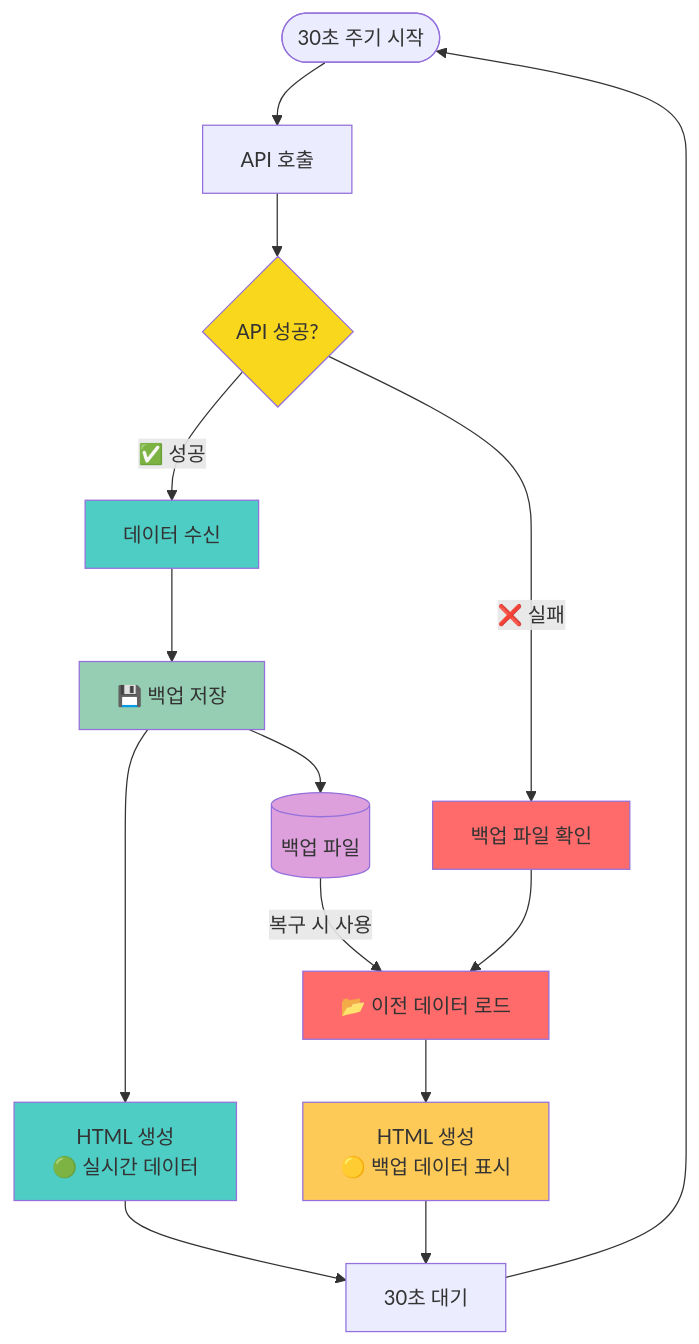
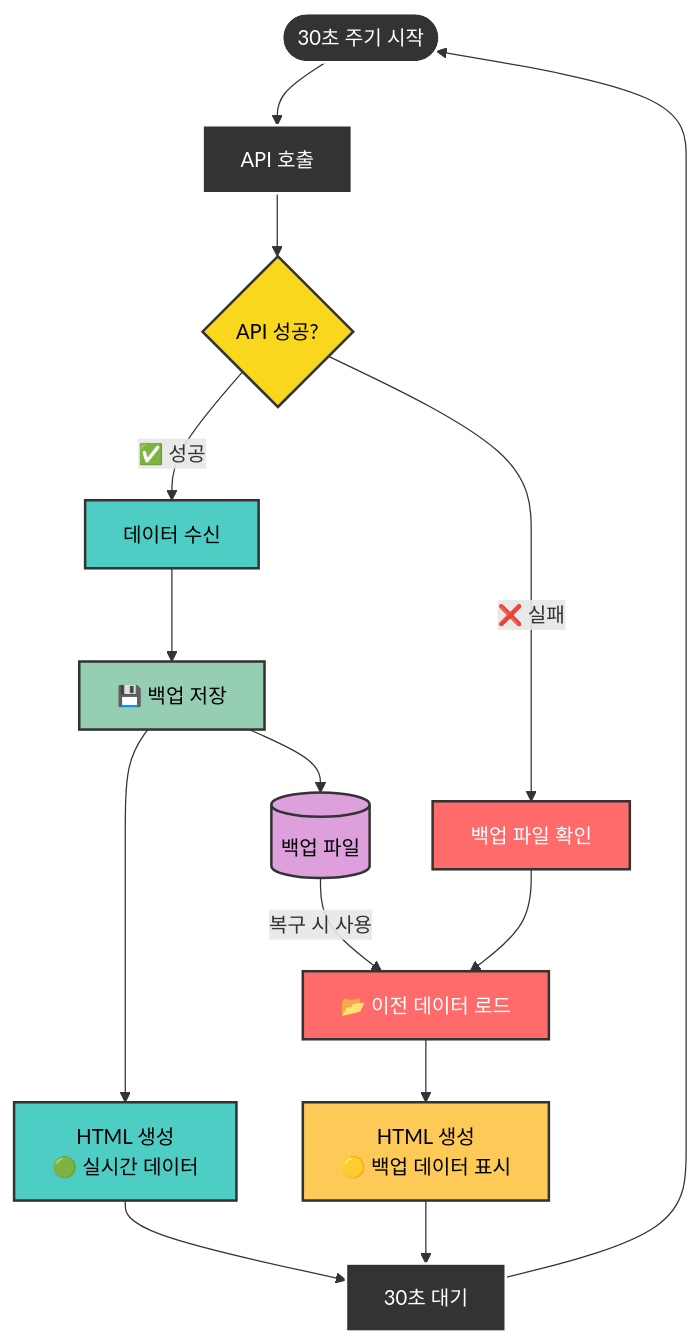
The second of 2 diagrams in README.md (DongjuLee0528/realtime-crypto-dashboard), drawn with Mermaid before and after one commit. The commit also changed other lines of this file, not shown here.

````diff
--- a/README.md
+++ b/README.md
@@ -46,30 +46,33 @@
 ```mermaid
 flowchart TD
     Start([30초 주기 시작]) --> API[API 호출]
     API --> Check{API 성공?}
     
     Check -->|✅ 성공| Receive[데이터 수신]
     Check -->|❌ 실패| Backup[백업 파일 확인]
     
     Receive --> Save[💾 백업 저장]
     Save --> HTML1[HTML 생성<br/>🟢 실시간 데이터]
     
     Backup --> Load[📂 이전 데이터 로드]
     Load --> HTML2[HTML 생성<br/>🟡 백업 데이터 표시]
     
     HTML1 --> Wait[30초 대기]
     HTML2 --> Wait
     Wait --> Start
     
     Save --> Files[(백업 파일)]
     Files --> |복구 시 사용| Load
     
-    style Check fill:#f9d71c
-    style Receive fill:#4ecdc4
-    style Save fill:#96ceb4
-    style HTML1 fill:#4ecdc4
-    style Backup fill:#ff6b6b
-    style Load fill:#ff6b6b
-    style HTML2 fill:#feca57
-    style Files fill:#dda0dd
+    style Start fill:#333,stroke:#fff,stroke-width:2px,color:#fff
+    style API fill:#333,stroke:#fff,stroke-width:2px,color:#fff
+    style Check fill:#f9d71c,stroke:#333,stroke-width:2px,color:#000
+    style Receive fill:#4ecdc4,stroke:#333,stroke-width:2px,color:#000
+    style Save fill:#96ceb4,stroke:#333,stroke-width:2px,color:#000
+    style HTML1 fill:#4ecdc4,stroke:#333,stroke-width:2px,color:#000
+    style Backup fill:#ff6b6b,stroke:#333,stroke-width:2px,color:#fff
+    style Load fill:#ff6b6b,stroke:#333,stroke-width:2px,color:#fff
+    style HTML2 fill:#feca57,stroke:#333,stroke-width:2px,color:#000
+    style Wait fill:#333,stroke:#fff,stroke-width:2px,color:#fff
+    style Files fill:#dda0dd,stroke:#333,stroke-width:2px,color:#000
 ```
````
